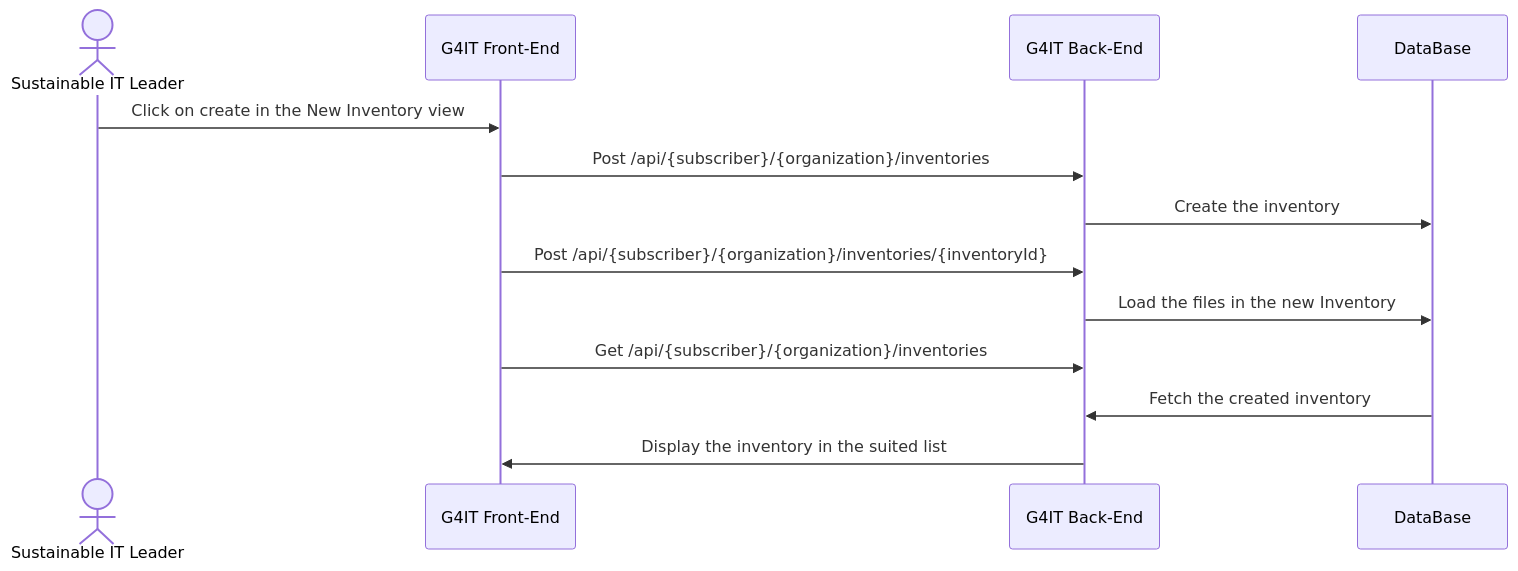
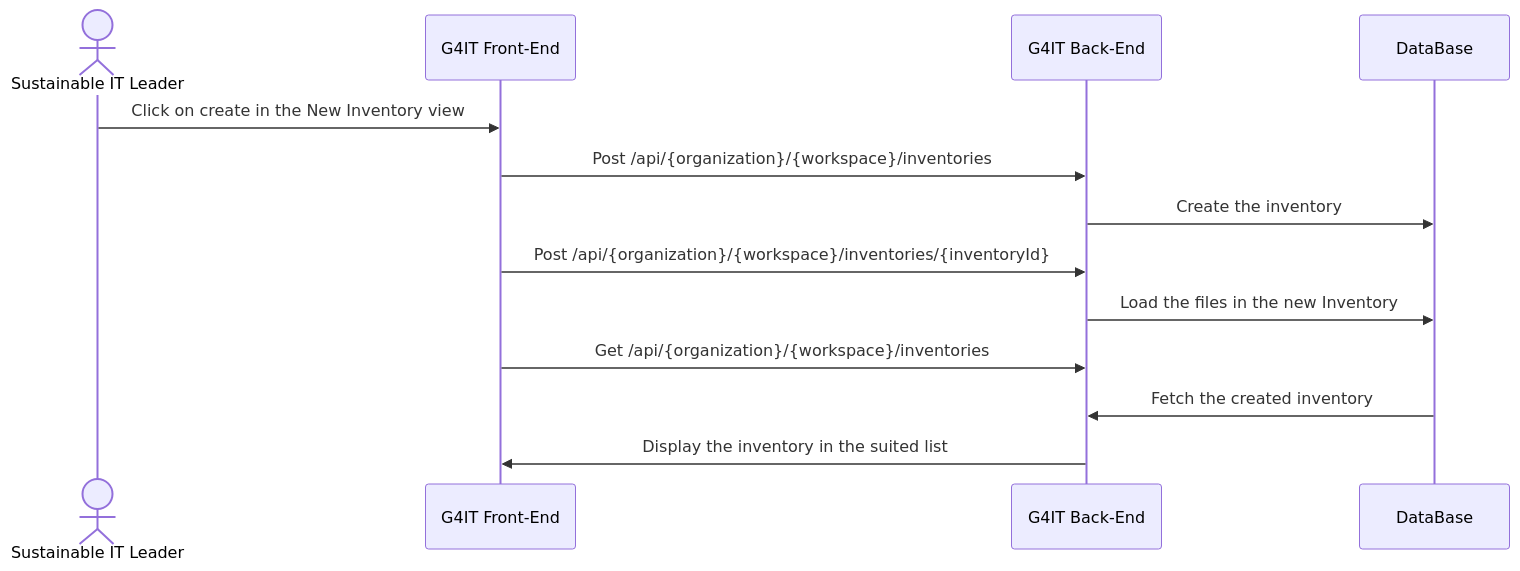
The third of 4 diagrams in services/documentation/content/2-functional-documentation/use_cases/uc_inventory/uc2_create_inventory.md (teamg4it/g4it), drawn with Mermaid before and after one commit. The commit also changed other lines of this file and 92 other files, not shown here.

```diff
--- a/services/documentation/content/2-functional-documentation/use_cases/uc_inventory/uc2_create_inventory.md
+++ b/services/documentation/content/2-functional-documentation/use_cases/uc_inventory/uc2_create_inventory.md
@@ -109,17 +109,17 @@
 {{< mermaid align="center">}}
 sequenceDiagram
 actor RND as Sustainable IT Leader
 participant front as G4IT Front-End
 participant back as G4IT Back-End
 participant DataBase
 
 RND ->> front: Click on create in the New Inventory view
-front ->> back: Post /api/{subscriber}/{organization}/inventories
+front ->> back: Post /api/{organization}/{workspace}/inventories
 back ->> DataBase: Create the inventory
-front ->> back: Post /api/{subscriber}/{organization}/inventories/{inventoryId}
+front ->> back: Post /api/{organization}/{workspace}/inventories/{inventoryId}
 back ->> DataBase: Load the files in the new Inventory
-front ->> back: Get /api/{subscriber}/{organization}/inventories
+front ->> back: Get /api/{organization}/{workspace}/inventories
 DataBase ->> back: Fetch the created inventory
 back ->> front: Display the inventory in the suited list
 
 {{</ mermaid >}}
```
